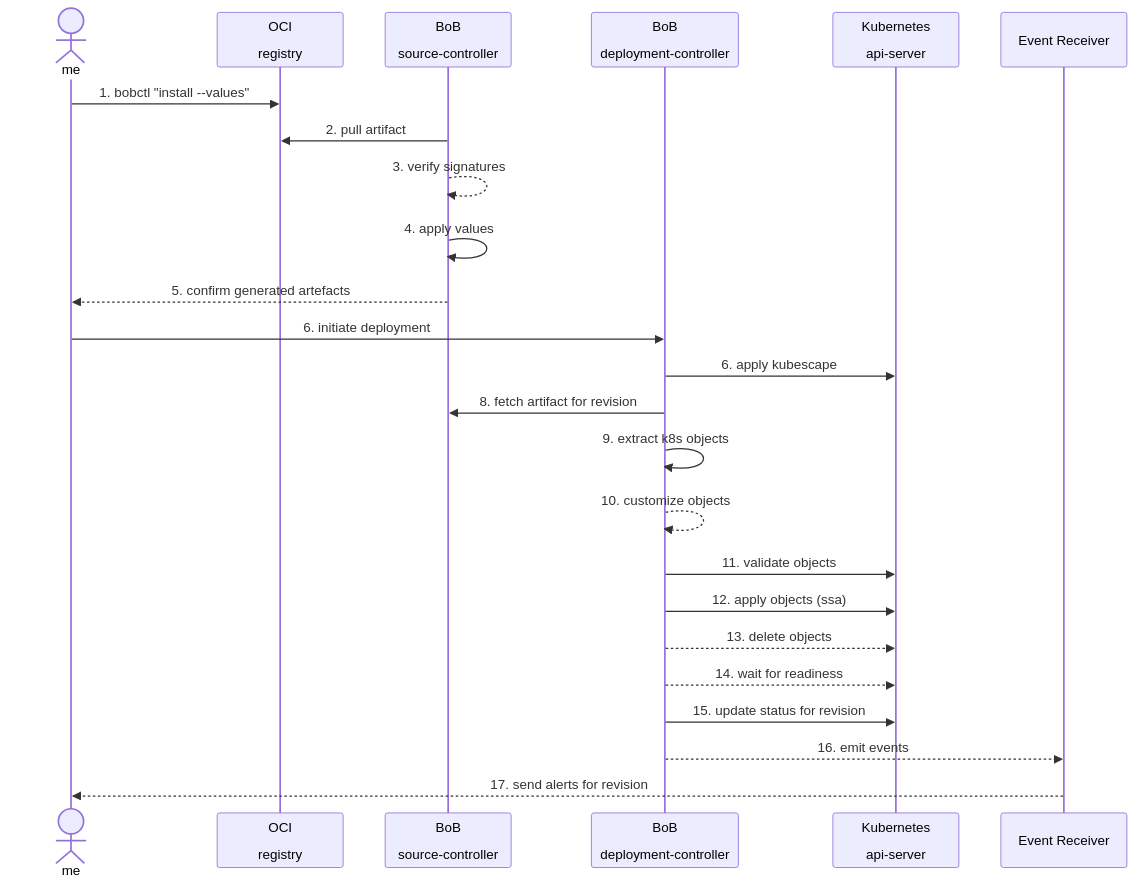
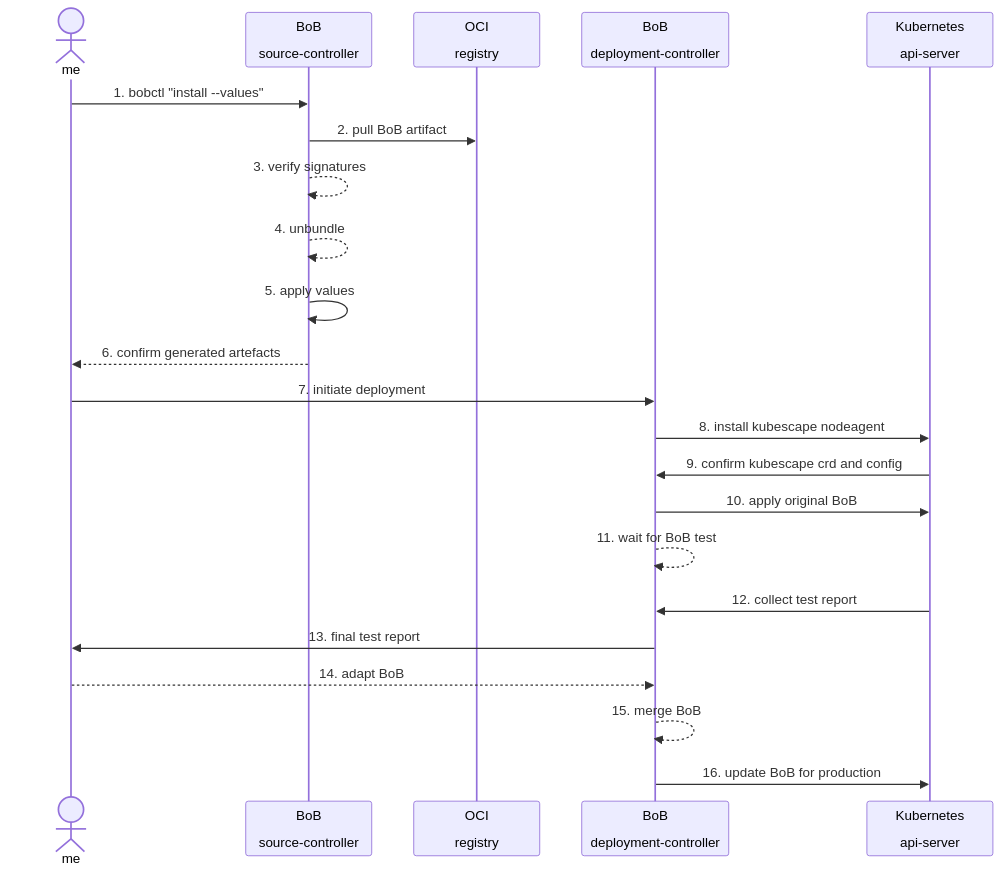
The first of 2 diagrams in bill-of-behaviour-c070da3a/module-2/2.lesson-3/intro.md (k8sstormcenter/ixi), drawn with Mermaid before and after one commit. The commit also changed other lines of this file, not shown here.

Commit message:
modifying the consumation of BoB diagram

````diff
--- a/bill-of-behaviour-c070da3a/module-2/2.lesson-3/intro.md
+++ b/bill-of-behaviour-c070da3a/module-2/2.lesson-3/intro.md
@@ -37,27 +35,26 @@
 ```mermaid
 sequenceDiagram
     actor me
+    participant sc as BoB<br><br>source-controller
     participant git as OCI<br><br>registry
-    participant sc as BoB<br><br>source-controller
     participant dc as BoB<br><br>deployment-controller
     participant kube as Kubernetes<br><br>api-server
-    participant ec as Event Receiver
 
-    me->>git: 1. bobctl "install --values"
-    sc->>git: 2. pull artifact
+
+    me->>sc: 1. bobctl "install --values"
+    sc->>git: 2. pull BoB artifact
     sc-->>sc: 3. verify signatures
-    sc->>sc: 4. apply values
-    sc-->>me: 5. confirm generated artefacts
-    me->>dc: 6. initiate deployment
-    dc->>kube: 6. apply kubescape
-    dc->>sc: 8. fetch artifact for revision
-    dc->>dc: 9. extract k8s objects
-    dc-->>dc: 10. customize objects
-    dc->>kube: 11. validate objects
-    dc->>kube: 12. apply objects (ssa)
-    dc-->>kube: 13. delete objects
-    dc-->>kube: 14. wait for readiness
-    dc->>kube: 15. update status for revision
-    dc-->>ec: 16. emit events
-    ec-->>me: 17. send alerts for revision
+    sc-->>sc: 4. unbundle
+    sc->>sc: 5. apply values
+    sc-->>me: 6. confirm generated artefacts
+    me->>dc: 7. initiate deployment
+    dc->>kube: 8. install kubescape nodeagent
+    kube->>dc: 9. confirm kubescape crd and config
+    dc->>kube: 10. apply original BoB
+    dc-->>dc: 11. wait for BoB test
+    kube->>dc: 12. collect test report
+    dc->>me: 13. final test report
+    me-->>dc: 14. adapt BoB
+    dc-->>dc: 15. merge BoB
+    dc->>kube: 16. update BoB for production
 ```
````
